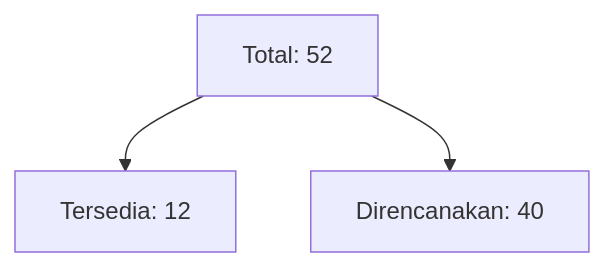
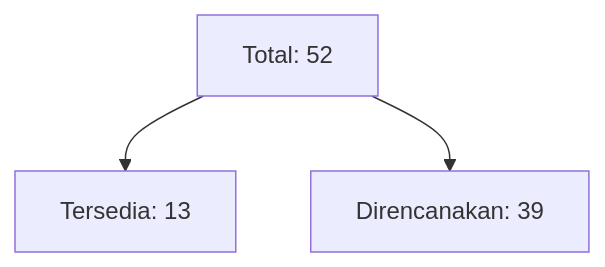
The third of 4 diagrams in README.md (petrushandika/Bioinformatics), drawn with Mermaid before and after one commit. The commit also changed other lines of this file and 8 other files, not shown here.

````diff
--- a/README.md
+++ b/README.md
@@ -174,5 +174,5 @@
 ```mermaid
 flowchart TD
-    Total["Total: 52"] --> Selesai["Tersedia: 12"]
-    Total --> Pending["Direncanakan: 40"]
+    Total["Total: 52"] --> Selesai["Tersedia: 13"]
+    Total --> Pending["Direncanakan: 39"]
 ```
````
